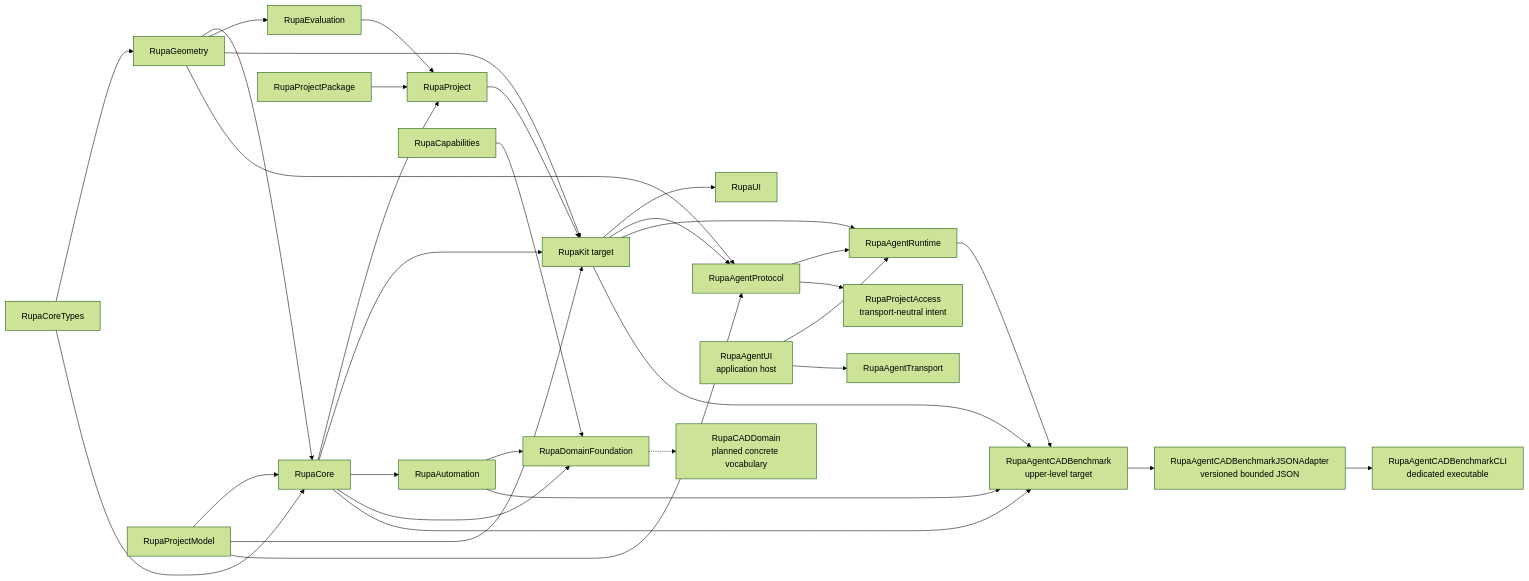
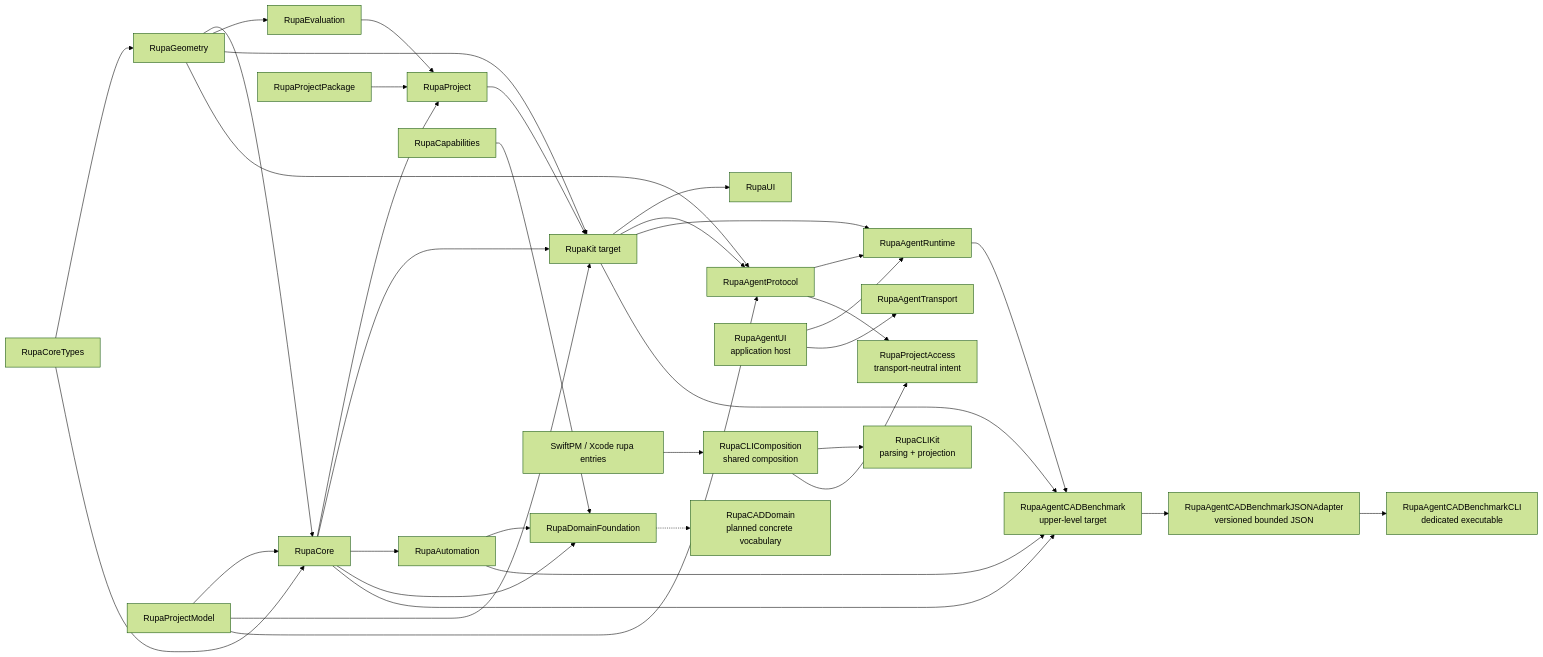
The first of 2 diagrams in RupaKit/DESIGN.md (1amageek/Rupa), drawn with Mermaid (forest theme) before and after one commit. The commit also changed other lines of this file and 11 other files, not shown here.

````diff
--- a/RupaKit/DESIGN.md
+++ b/RupaKit/DESIGN.md
@@ -102,35 +103,38 @@
 ```mermaid
 flowchart LR
     CoreTypes[RupaCoreTypes] --> Geometry[RupaGeometry]
     CoreTypes --> Core[RupaCore]
     Geometry --> Core
     ProjectModel[RupaProjectModel] --> Core
     Core --> Project[RupaProject]
     Evaluation[RupaEvaluation] --> Project
     Package[RupaProjectPackage] --> Project
     Geometry --> Evaluation
     Project --> Kit[RupaKit target]
     Core --> Kit
     Geometry --> Kit
     ProjectModel --> Kit
     Kit --> UI["RupaUI"]
     Kit --> AgentProtocol[RupaAgentProtocol]
     Geometry --> AgentProtocol
     ProjectModel --> AgentProtocol
     Automation[RupaAutomation] --> DomainFoundation[RupaDomainFoundation]
     Core --> Automation
     Core --> DomainFoundation
     Capabilities[RupaCapabilities] --> DomainFoundation
     DomainFoundation -.-> PlannedCAD["RupaCADDomain\nplanned concrete vocabulary"]
     AgentProtocol --> AgentRuntime[RupaAgentRuntime]
     Kit --> AgentRuntime
     AgentUI[RupaAgentUI\napplication host] --> AgentRuntime
     AgentUI --> AgentTransport[RupaAgentTransport]
     AgentRuntime --> Benchmark["RupaAgentCADBenchmark\nupper-level target"]
     Core --> Benchmark
     Automation --> Benchmark
     Kit --> Benchmark
     Benchmark --> JSONAdapter["RupaAgentCADBenchmarkJSONAdapter\nversioned bounded JSON"]
     JSONAdapter --> BenchmarkCLI["RupaAgentCADBenchmarkCLI\ndedicated executable"]
     AgentProtocol --> Access["RupaProjectAccess\ntransport-neutral intent"]
+    CLIProduct["SwiftPM / Xcode rupa entries"] --> CLIComposition["RupaCLIComposition\nshared composition"]
+    CLIComposition --> CLIKit["RupaCLIKit\nparsing + projection"]
+    CLIComposition --> Access
 ```
````
